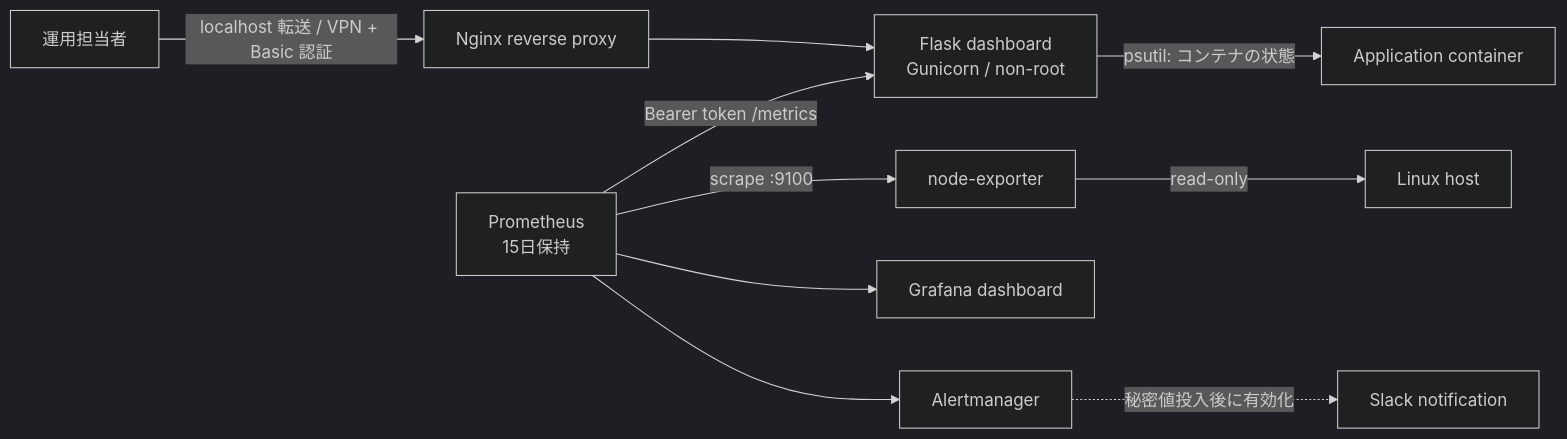
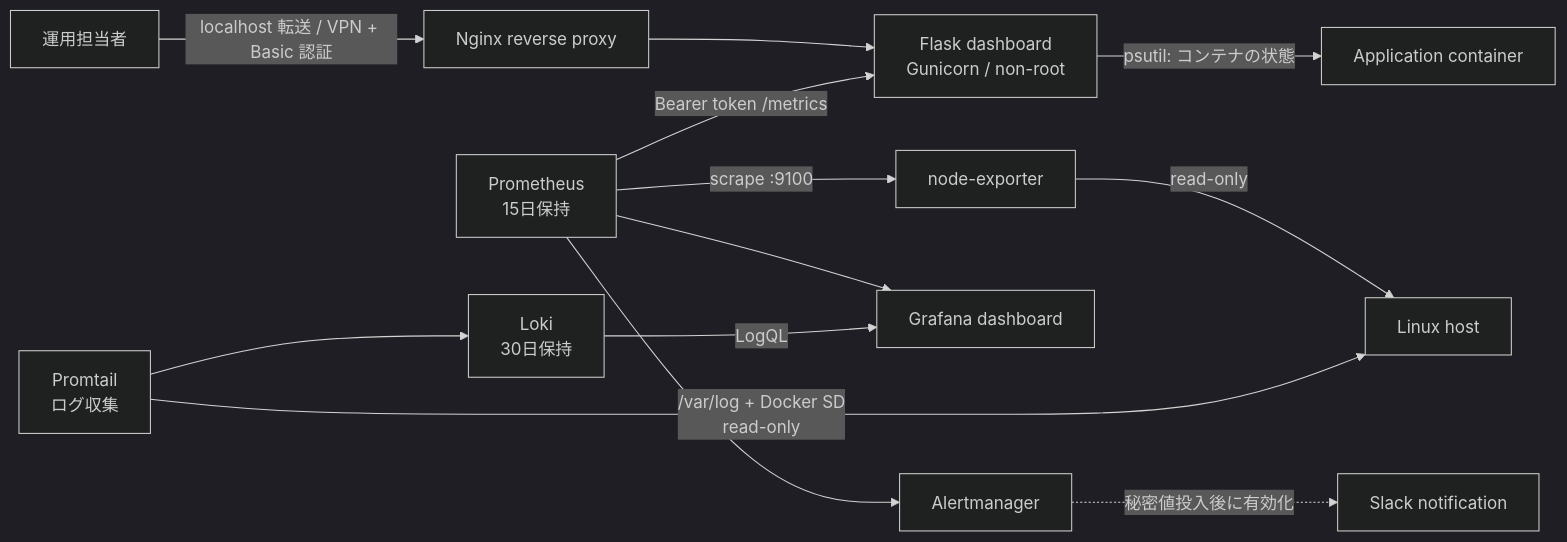
One commit to ns7jp/server changed the diagram in docs/architecture.md. Above: the diagram before and after it, drawn with Mermaid (dark theme). The commit also changed other lines of this file and 12 other files, not shown here.

First line of the commit message:
Add Loki + Promtail log aggregation (v1.1)

````diff
--- a/docs/architecture.md
+++ b/docs/architecture.md
@@ -9,13 +9,17 @@
 ```mermaid
 flowchart LR
     User["運用担当者"] -->|"localhost 転送 / VPN + Basic 認証"| Nginx["Nginx reverse proxy"]
     Nginx --> App["Flask dashboard<br/>Gunicorn / non-root"]
     App -->|"psutil: コンテナの状態"| Container["Application container"]
 
     Prom["Prometheus<br/>15日保持"] -->|"Bearer token /metrics"| App
     Prom -->|"scrape :9100"| Node["node-exporter"]
     Node -->|"read-only"| Host["Linux host"]
     Prom --> Grafana["Grafana dashboard"]
     Prom --> Alert["Alertmanager"]
     Alert -.->|"秘密値投入後に有効化"| Slack["Slack notification"]
+
+    Promtail["Promtail<br/>ログ収集"] -->|"/var/log + Docker SD<br/>read-only"| Host
+    Promtail --> Loki["Loki<br/>30日保持"]
+    Loki -->|"LogQL"| Grafana
 ```
````
